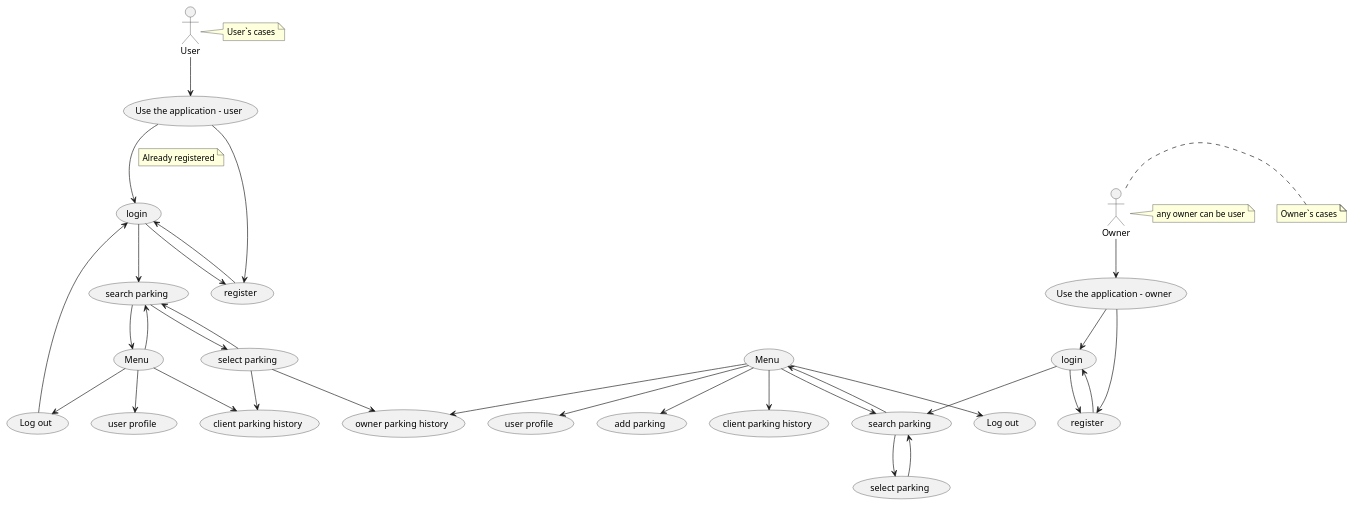
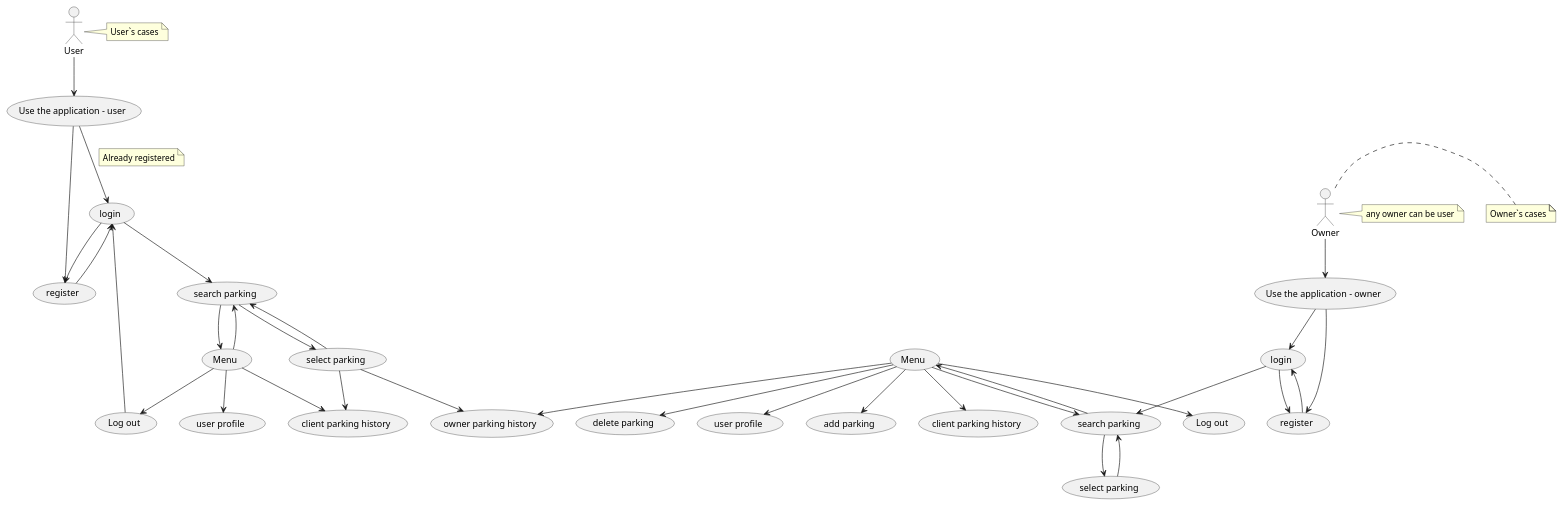
Before and after one commit to Gal25/Park4You: the diagram in app/src/main/java/com/example/park4you/Diagram/Use_case_Diagram.puml, drawn with PlantUML. The commit also changed 17 other files, not shown here.

```diff
--- a/app/src/main/java/com/example/park4you/Diagram/Use_case_Diagram.puml
+++ b/app/src/main/java/com/example/park4you/Diagram/Use_case_Diagram.puml
@@ -1,68 +1,70 @@
 @startuml
 'https://plantuml.com/use-case-diagram
 
 ':Main Admin: as Admin
 (Use the application - user) as (Use1)
 (Use the application - owner) as (Use2)
 
 (login)as (login1)
 (login)as (login2)
 (register) as (register1)
 (register) as (register2)
 (user profile) as (profile1)
 (user profile) as (profile2)
 (add parking) as (new_parking)
 (search parking) as (search_parking1)
 (search parking) as (search_parking2)
 (select parking) as (select_parking1)
 (select parking) as (select_parking2)
 (owner parking history) as (owner_parking_history)
 (client parking history) as (client_parking_history1)
 (client parking history) as (client_parking_history2)
 (Log out) as (log_out1)
 (Log out) as (log_out2)
+(delete parking) as (delete_parking)
 (Menu) as (menu1)
 (Menu) as (menu2)
 
 User --> (Use1)
 (Use1) --> (register1)
 (Use1) --> (login1)
 note on link
   Already registered
   end note
 (register1) --> (login1)
 (login1) --> (register1)
 (login1) --> (search_parking1)
 (search_parking1) --> (select_parking1)
 (select_parking1) --> (search_parking1)
 (search_parking1) --> (menu1)
 (select_parking1) --> (client_parking_history1)
 (select_parking1) --> (owner_parking_history)
 (menu1) --> (profile1)
 (menu1) --> (search_parking1)
 (menu1) --> (client_parking_history1)
 (menu1) --> (log_out1)
 (log_out1) --> (login1)
 note right of User : User`s cases
 
 
 Owner --> (Use2)
 (Use2) --> (register2)
 (Use2) --> (login2)
 (register2) --> (login2)
 (login2) --> (register2)
 (login2) --> (search_parking2)
 (search_parking2) --> (select_parking2)
 (select_parking2) --> (search_parking2)
 (search_parking2) --> (menu2)
 (menu2) --> (search_parking2)
 (menu2) --> (profile2)
 (menu2) --> (client_parking_history2)
 (menu2) --> (log_out2)
 (menu2) --> (new_parking)
 (menu2) --> (owner_parking_history)
+(menu2) --> (delete_parking)
 
 note right of Owner : any owner can be user
 note right of Owner : Owner`s cases
 
 @enduml
```
